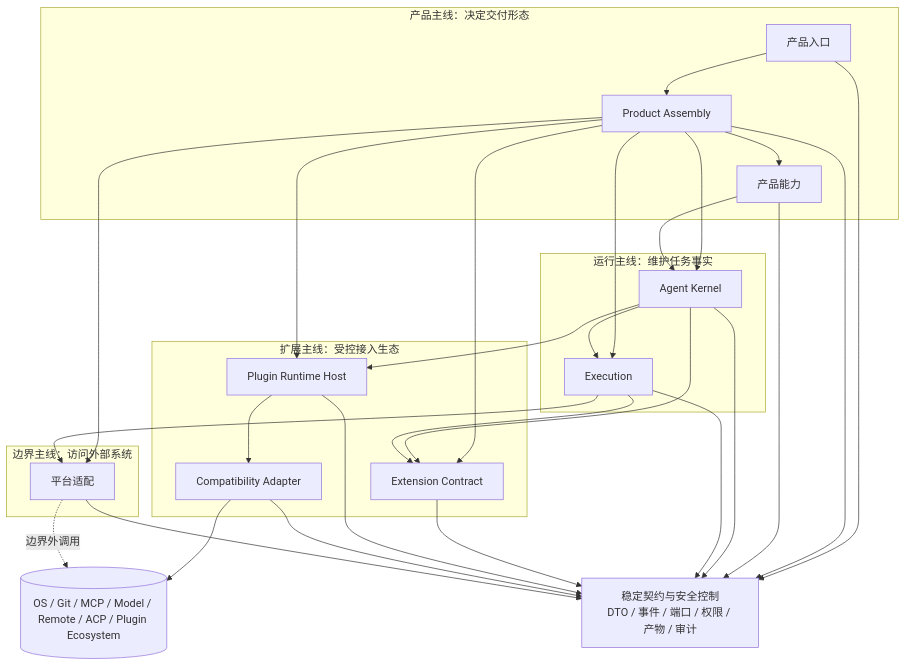
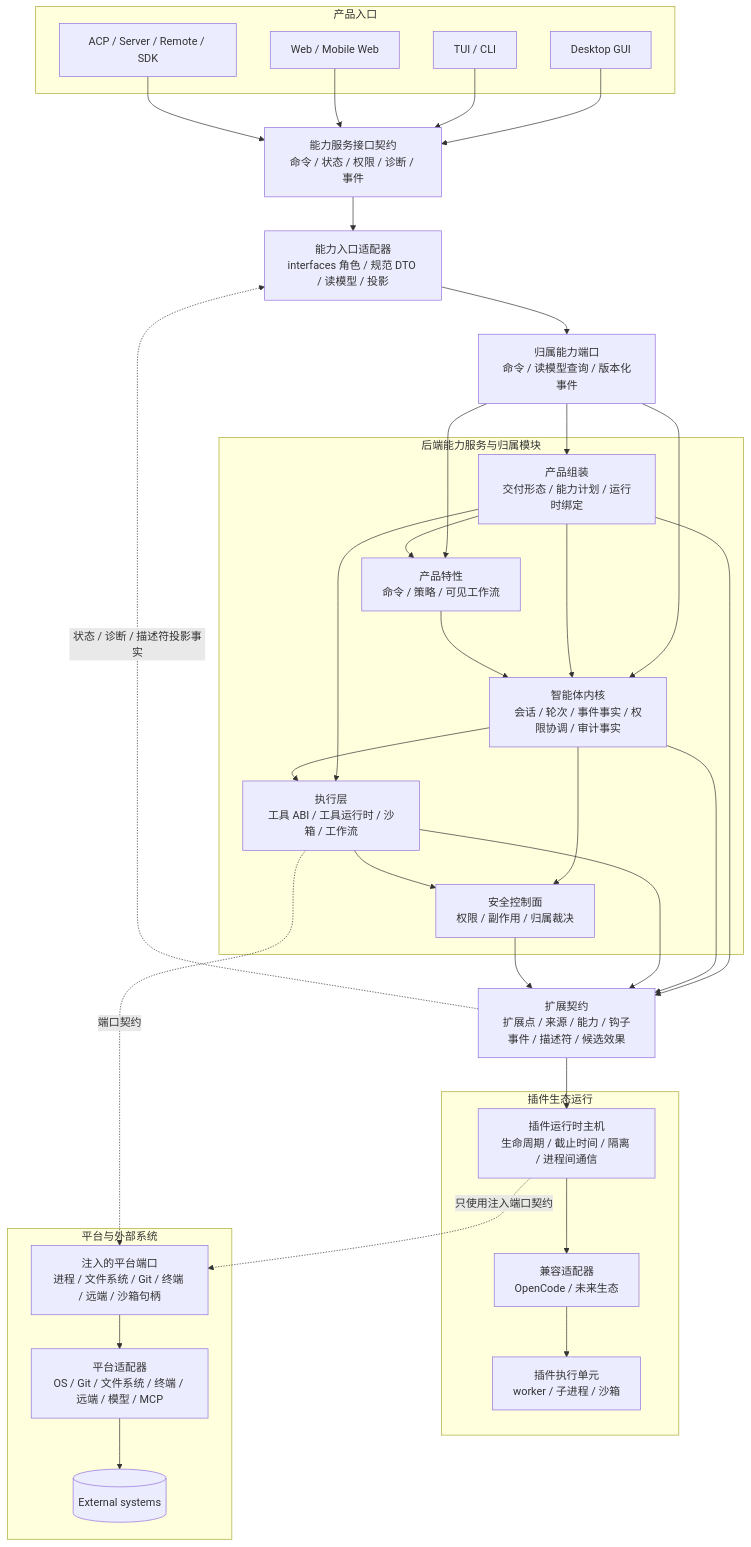
Before and after one commit to 1688mengdie/BitFun: the diagram in docs/architecture/product-architecture.md, drawn with Mermaid. The commit also changed other lines of this file and 32 other files, not shown here.

Commit message:
feat(plugin): add P0 runtime host boundary

````diff
--- a/docs/architecture/product-architecture.md
+++ b/docs/architecture/product-architecture.md
@@ -62,52 +69,68 @@
 ```mermaid
 flowchart TB
-  subgraph Product["产品主线：决定交付形态"]
-    Surface["产品入口"]
-    Assembly["Product Assembly"]
-    Feature["产品能力"]
+  subgraph Surfaces["产品入口"]
+    Desktop["Desktop GUI"]
+    CLI["TUI / CLI"]
+    Web["Web / Mobile Web"]
+    ACP["ACP / Server / Remote / SDK"]
   end
 
-  subgraph Runtime["运行主线：维护任务事实"]
-    Kernel["Agent Kernel"]
-    Execution["Execution"]
+  ServerAPI["能力服务接口契约<br/>命令 / 状态 / 权限 / 诊断 / 事件"]
+  SurfaceAdapter["能力入口适配器<br/>interfaces 角色 / 规范 DTO / 读模型 / 投影"]
+  BackendPorts["归属能力端口<br/>命令 / 读模型查询 / 版本化事件"]
+
+  subgraph ProductBackend["后端能力服务与归属模块"]
+    Assembly["产品组装<br/>交付形态 / 能力计划 / 运行时绑定"]
+    Feature["产品特性<br/>命令 / 策略 / 可见工作流"]
+    Kernel["智能体内核<br/>会话 / 轮次 / 事件事实 / 权限协调 / 审计事实"]
+    Execution["执行层<br/>工具 ABI / 工具运行时 / 沙箱 / 工作流"]
+    Security["安全控制面<br/>权限 / 副作用 / 归属裁决"]
   end
 
-  subgraph Extension["扩展主线：受控接入生态"]
-    ExtContract["Extension Contract"]
-    PluginHost["Plugin Runtime Host"]
-    AdapterBridge["Compatibility Adapter"]
+  ExtensionContract["扩展契约<br/>扩展点 / 来源 / 能力 / 钩子事件 / 描述符 / 候选效果"]
+
+  subgraph PluginRuntime["插件生态运行"]
+    Host["插件运行时主机<br/>生命周期 / 截止时间 / 隔离 / 进程间通信"]
+    Adapter["兼容适配器<br/>OpenCode / 未来生态"]
+    PluginUnit["插件执行单元<br/>worker / 子进程 / 沙箱"]
   end
 
-  subgraph Boundary["边界主线：访问外部系统"]
-    Platform["平台适配"]
+  subgraph PlatformBoundary["平台与外部系统"]
+    PlatformPorts["注入的平台端口<br/>进程 / 文件系统 / Git / 终端 / 远端 / 沙箱句柄"]
+    Platform["平台适配器<br/>OS / Git / 文件系统 / 终端 / 远端 / 模型 / MCP"]
+    External[("External systems")]
   end
 
-  Contract["稳定契约与安全控制\nDTO / 事件 / 端口 / 权限 / 产物 / 审计"]
-  External[("OS / Git / MCP / Model / Remote / ACP / Plugin Ecosystem")]
+  Desktop --> ServerAPI
+  CLI --> ServerAPI
+  Web --> ServerAPI
+  ACP --> ServerAPI
 
-  Surface --> Assembly
+  ServerAPI --> SurfaceAdapter
+  SurfaceAdapter --> BackendPorts
+  BackendPorts --> Assembly
+  BackendPorts --> Feature
+  BackendPorts --> Kernel
+
   Assembly --> Feature
   Assembly --> Kernel
   Assembly --> Execution
-  Assembly --> ExtContract
-  Assembly --> PluginHost
-  Assembly --> Platform
+  Assembly --> ExtensionContract
   Feature --> Kernel
   Kernel --> Execution
-  Kernel --> ExtContract
-  Kernel --> PluginHost
-  Execution --> Platform
-  Execution --> ExtContract
-  PluginHost --> AdapterBridge
-  AdapterBridge --> External
-  Platform -. "边界外调用" .-> External
-  Surface --> Contract
-  Assembly --> Contract
-  Feature --> Contract
-  Kernel --> Contract
-  Execution --> Contract
-  ExtContract --> Contract
-  PluginHost --> Contract
-  AdapterBridge --> Contract
-  Platform --> Contract
+  Kernel --> Security
+  Execution --> Security
+
+  Kernel --> ExtensionContract
+  Execution --> ExtensionContract
+  Security --> ExtensionContract
+  ExtensionContract --> Host
+  ExtensionContract -. "状态 / 诊断 / 描述符投影事实" .-> SurfaceAdapter
+  Host --> Adapter
+  Adapter --> PluginUnit
+
+  Execution -. "端口契约" .-> PlatformPorts
+  Host -. "只使用注入端口契约" .-> PlatformPorts
+  PlatformPorts --> Platform
+  Platform --> External
 ```
````
